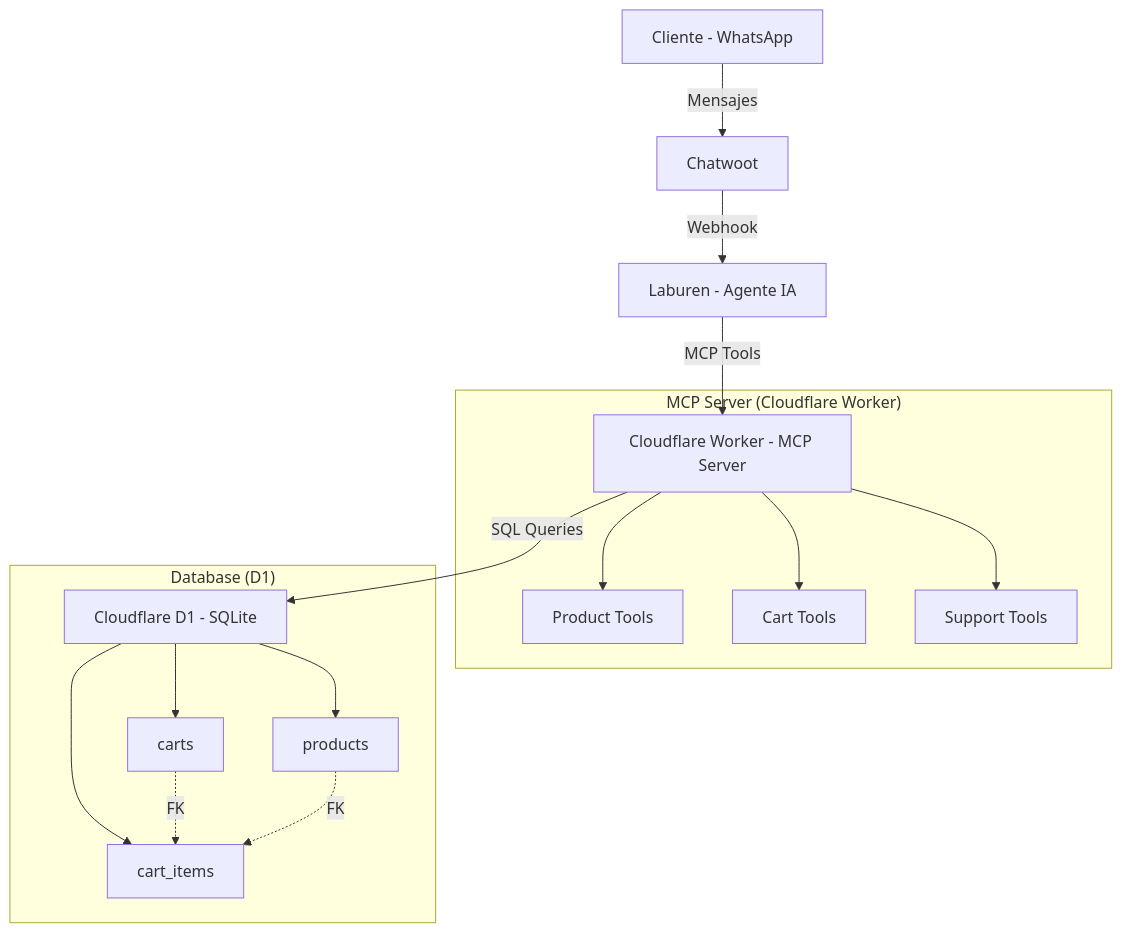
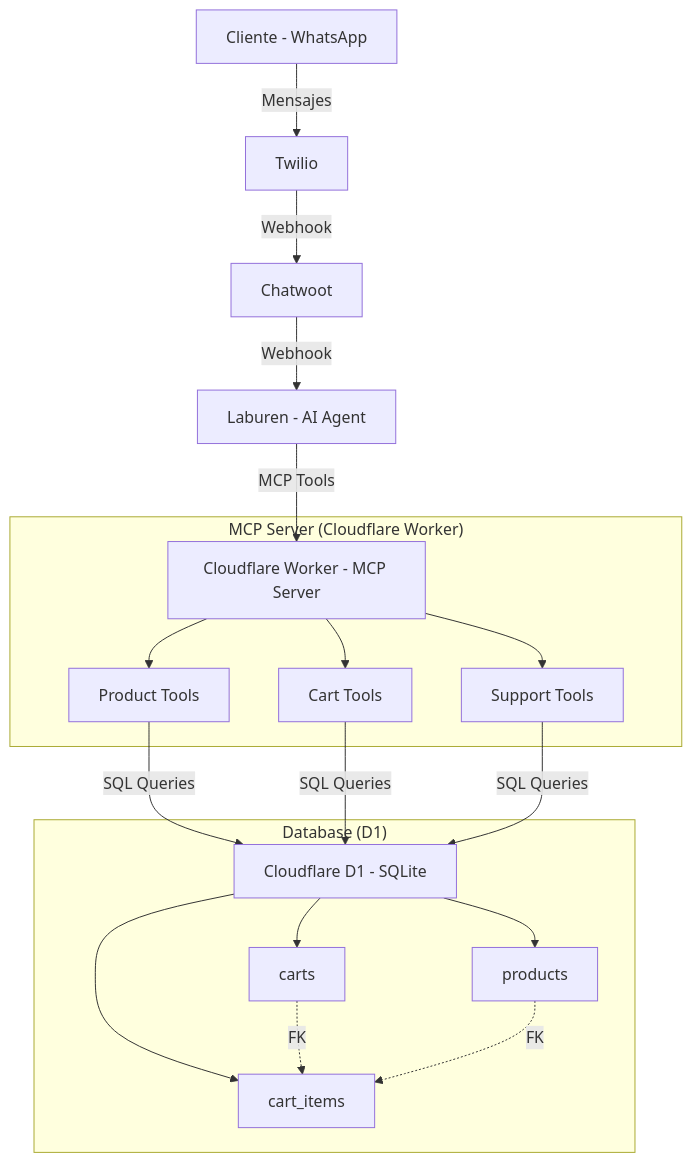
One commit to antonellaq25/laburen-mcp changed the eighth of 8 diagrams in docs/interaction-flow.md. Above: the diagram before and after it, drawn with Mermaid. The commit also changed other lines of this file and 10 other files, not shown here.

````diff
--- a/docs/interaction-flow.md
+++ b/docs/interaction-flow.md
@@ -65,22 +145,26 @@
 ```mermaid
 graph TD
-    A[Cliente - WhatsApp] -->|Mensajes| B[Chatwoot]
-    B -->|Webhook| C[Laburen - Agente IA]
+    A[Cliente - WhatsApp] -->|Mensajes| T[Twilio]
+    T -->|Webhook| B[Chatwoot]
+    B -->|Webhook| C[Laburen - AI Agent]
     C -->|MCP Tools| D[Cloudflare Worker - MCP Server]
-    D -->|SQL Queries| E[Cloudflare D1 - SQLite]
 
     subgraph "MCP Server (Cloudflare Worker)"
         D --> F[Product Tools]
         D --> G[Cart Tools]
         D --> H[Support Tools]
     end
+
+    F -->|SQL Queries| E[Cloudflare D1 - SQLite]
+    G -->|SQL Queries| E
+    H -->|SQL Queries| E
 
     subgraph "Database (D1)"
         E --> I[products]
         E --> J[carts]
         E --> K[cart_items]
     end
 
     J -.->|FK| K
     I -.->|FK| K
 ```
````
